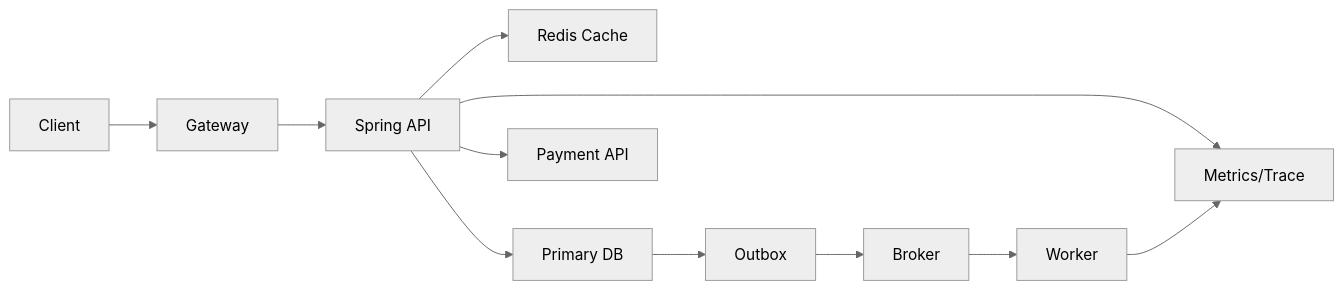
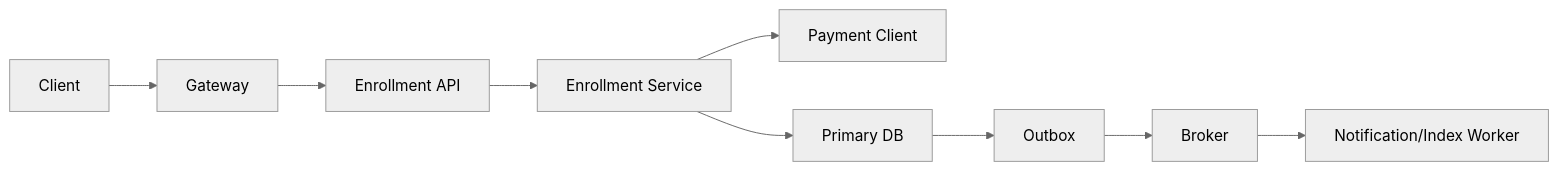
The second of 2 diagrams in content/System Design/01. System Design 전체 지도/02. 백엔드 시스템 구성 요소 지도 상세.md (thisis-joe/thisis-joe.github.io), drawn with Mermaid (neutral theme) before and after one commit. The commit also changed other lines of this file and 23 other files, not shown here.

````diff
--- a/content/System Design/01. System Design 전체 지도/02. 백엔드 시스템 구성 요소 지도 상세.md
+++ b/content/System Design/01. System Design 전체 지도/02. 백엔드 시스템 구성 요소 지도 상세.md
@@ -55,13 +82,11 @@
 ```mermaid
 flowchart LR
     C["Client"] --> G["Gateway"]
-    G --> A["Spring API"]
-    A --> R["Redis Cache"]
-    A --> D["Primary DB"]
-    A --> X["Payment API"]
-    D --> O["Outbox"]
-    O --> Q["Broker"]
-    Q --> W["Worker"]
-    A --> M["Metrics/Trace"]
-    W --> M
+    G --> A["Enrollment API"]
+    A --> S["Enrollment Service"]
+    S --> P["Payment Client"]
+    S --> D["Primary DB"]
+    D --> X["Outbox"]
+    X --> B["Broker"]
+    B --> W["Notification/Index Worker"]
 ```
````
